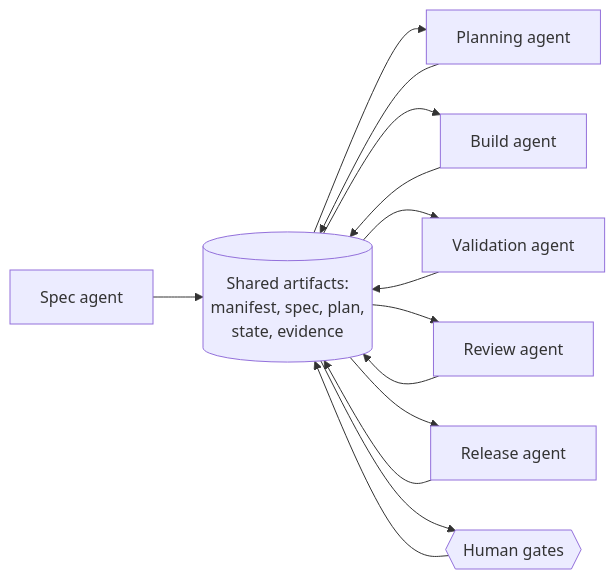
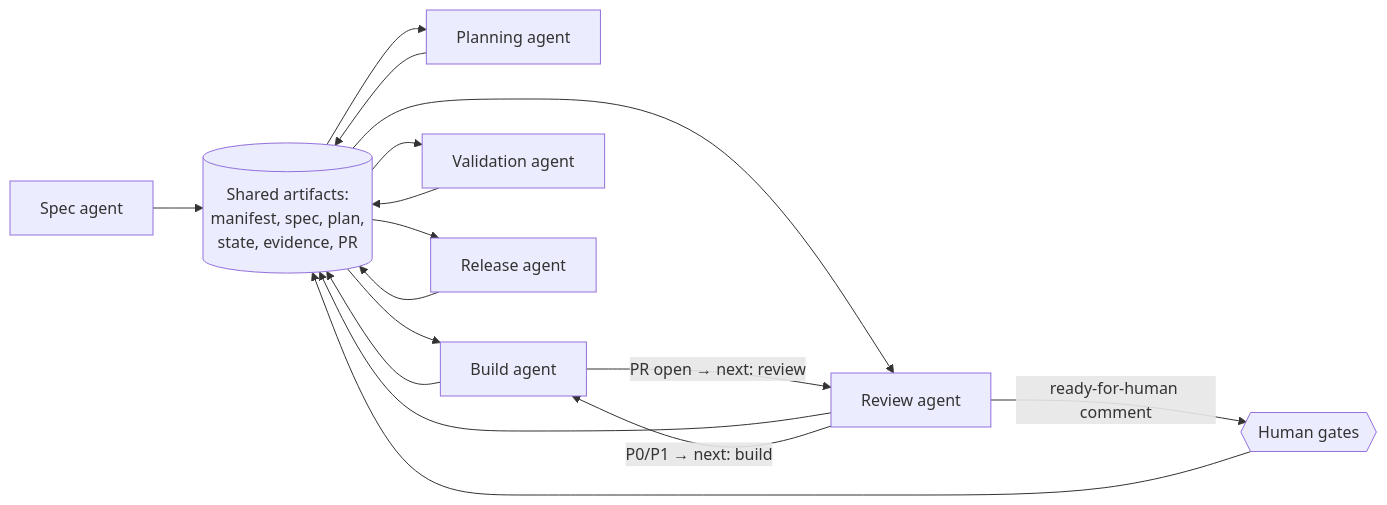
One commit to prishanf/AI-Development-Framework changed the diagram in diagrams/agent-orchestration.md. Above: the diagram before and after it, drawn with Mermaid. The commit also changed other lines of this file and 24 other files, not shown here.

First line of the commit message:
AIDF v4.0.0 — require AI review after PR open before human approval.

````diff
--- a/diagrams/agent-orchestration.md
+++ b/diagrams/agent-orchestration.md
@@ -5,18 +7,20 @@
 ```mermaid
 flowchart LR
-    spec[Spec agent] --> artifact[(Shared artifacts:<br/>manifest, spec, plan,<br/>state, evidence)]
+    spec[Spec agent] --> artifact[(Shared artifacts:<br/>manifest, spec, plan,<br/>state, evidence, PR)]
     planner[Planning agent] --> artifact
     builder[Build agent] --> artifact
     validator[Validation agent] --> artifact
     reviewer[Review agent] --> artifact
     releaser[Release agent] --> artifact
 
     artifact --> planner
     artifact --> builder
     artifact --> validator
     artifact --> reviewer
     artifact --> releaser
 
-    artifact --> human{{Human gates}}
+    builder -->|"PR open → next: review"| reviewer
+    reviewer -->|"P0/P1 → next: build"| builder
+    reviewer -->|"ready-for-human comment"| human{{Human gates}}
     human --> artifact
 ```
````
